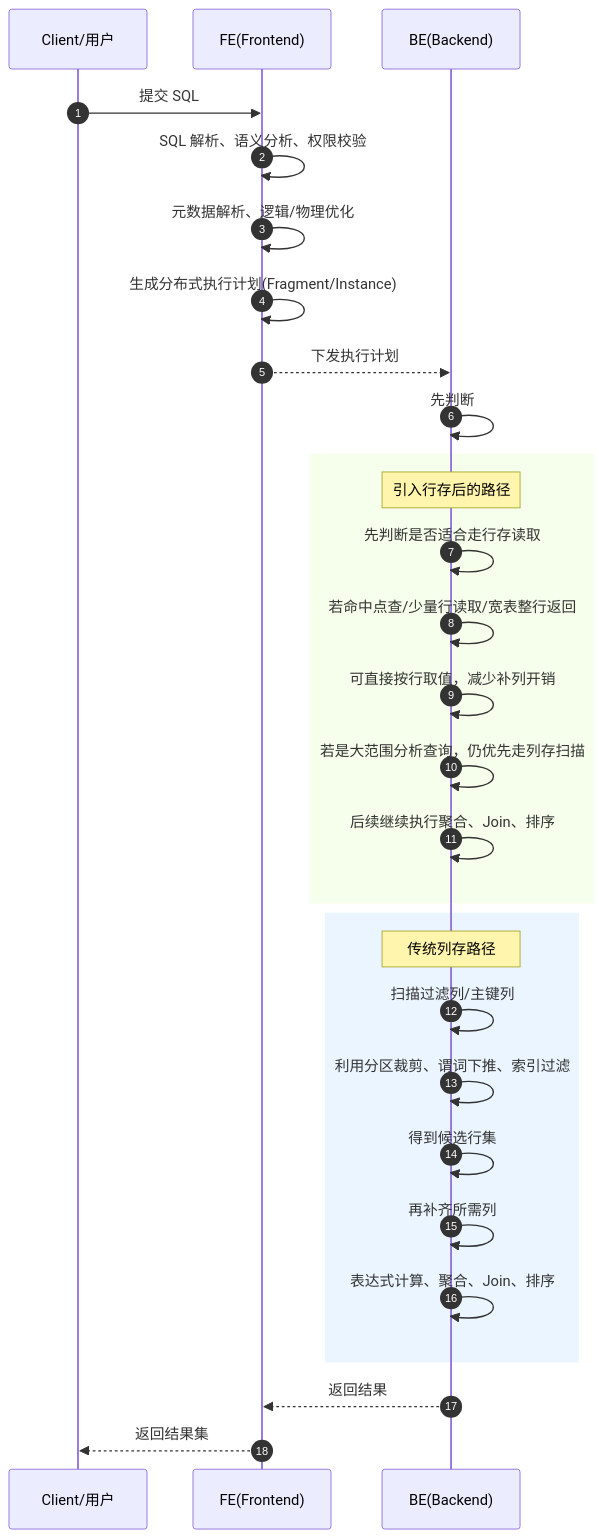
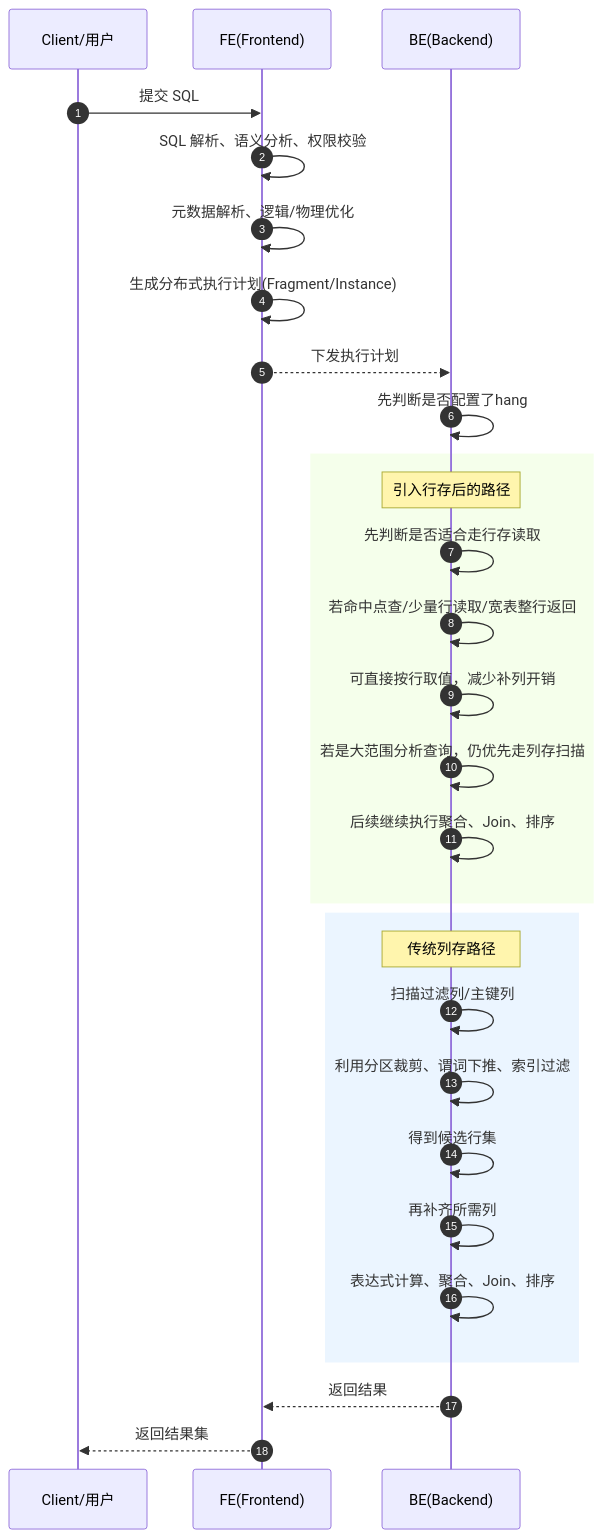
Before and after one commit to HY-10-8/iodraw-files: the diagram in all/未命名-4.md, drawn with Mermaid.

Commit message:
2026-04-22 17:37:15 update

````diff
--- a/all/未命名-4.md
+++ b/all/未命名-4.md
@@ -1,47 +1,47 @@
 ```mermaid
 sequenceDiagram
     autonumber
 
     participant Client as Client/用户
     participant FE as FE(Frontend)
     participant BE as BE(Backend)
     
     Client->>FE: 提交 SQL
     FE->>FE: SQL 解析、语义分析、权限校验
     FE->>FE: 元数据解析、逻辑/物理优化
     FE->>FE: 生成分布式执行计划(Fragment/Instance)
     FE-->>BE: 下发执行计划
 
-    BE->>BE: 先判断
+    BE->>BE: 先判断是否配置了hang
 
     rect rgb(245,255,235)
         Note over BE: 引入行存后的路径
         BE->>BE: 先判断是否适合走行存读取
         BE->>BE: 若命中点查/少量行读取/宽表整行返回
         BE->>BE: 可直接按行取值，减少补列开销
         BE->>BE: 若是大范围分析查询，仍优先走列存扫描
         BE->>BE: 后续继续执行聚合、Join、排序
     end
 
 
     rect rgb(235,245,255)
         Note over BE: 传统列存路径
         BE->>BE: 扫描过滤列/主键列
         BE->>BE: 利用分区裁剪、谓词下推、索引过滤
         BE->>BE: 得到候选行集
         BE->>BE: 再补齐所需列
         BE->>BE: 表达式计算、聚合、Join、排序
     end
 
     BE-->>FE: 返回结果
     FE-->>Client: 返回结果集
 
 
 
 
 
 
 
 
 
 ```
````
